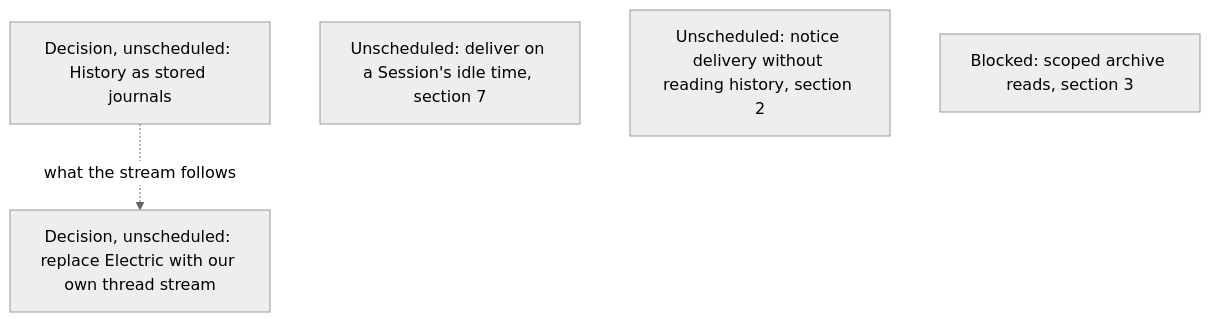
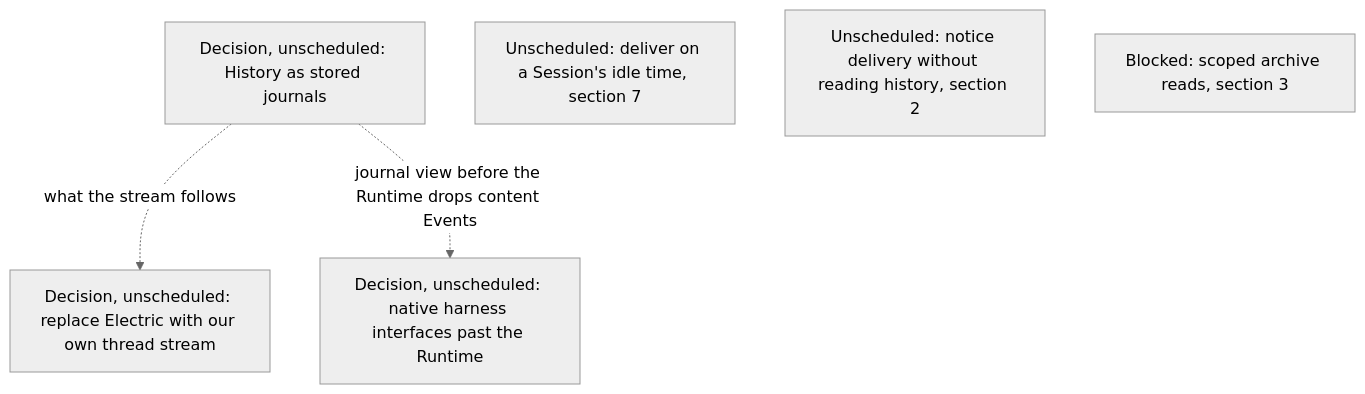
Before and after one commit to agentydragon/ducktape: diagram 14 of 20 in agentplane/plans/task_dag.md, drawn with Mermaid (neutral theme). The commit also changed other lines of this file and 2 other files, not shown here.

First line of the commit message:
agentplane/plans: propose native harness interfaces past the Runtime

````diff
--- a/agentplane/plans/task_dag.md
+++ b/agentplane/plans/task_dag.md
@@ -2323,9 +2323,11 @@
 ```mermaid
 flowchart TD
     JOURNAL_REPRESENTATION_DESIGN[Decision, unscheduled: History as stored journals]
     THREAD_SYNC_WITHOUT_ELECTRIC[Decision, unscheduled: replace Electric with our own thread stream]
     JOURNAL_REPRESENTATION_DESIGN -. what the stream follows .-> THREAD_SYNC_WITHOUT_ELECTRIC
+    NATIVE_HARNESS_INTERFACES_DESIGN[Decision, unscheduled: native harness interfaces past the Runtime]
+    JOURNAL_REPRESENTATION_DESIGN -. journal view before the Runtime drops content Events .-> NATIVE_HARNESS_INTERFACES_DESIGN
     SESSION_ACTIVITY_STREAM[Unscheduled: deliver on a Session's idle time, section 7]
     NOTIFICATION_COMMAND_OUTCOME_DESIGN[Unscheduled: notice delivery without reading history, section 2]
     THREAD_READ_POLICY[Blocked: scoped archive reads, section 3]
 ```
````
